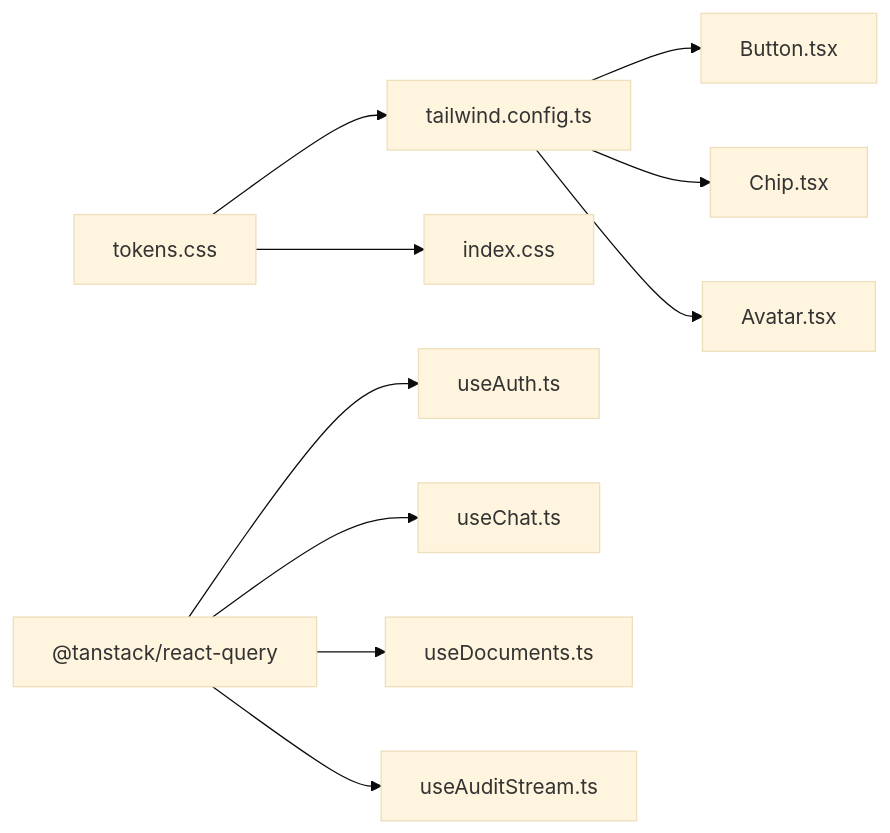
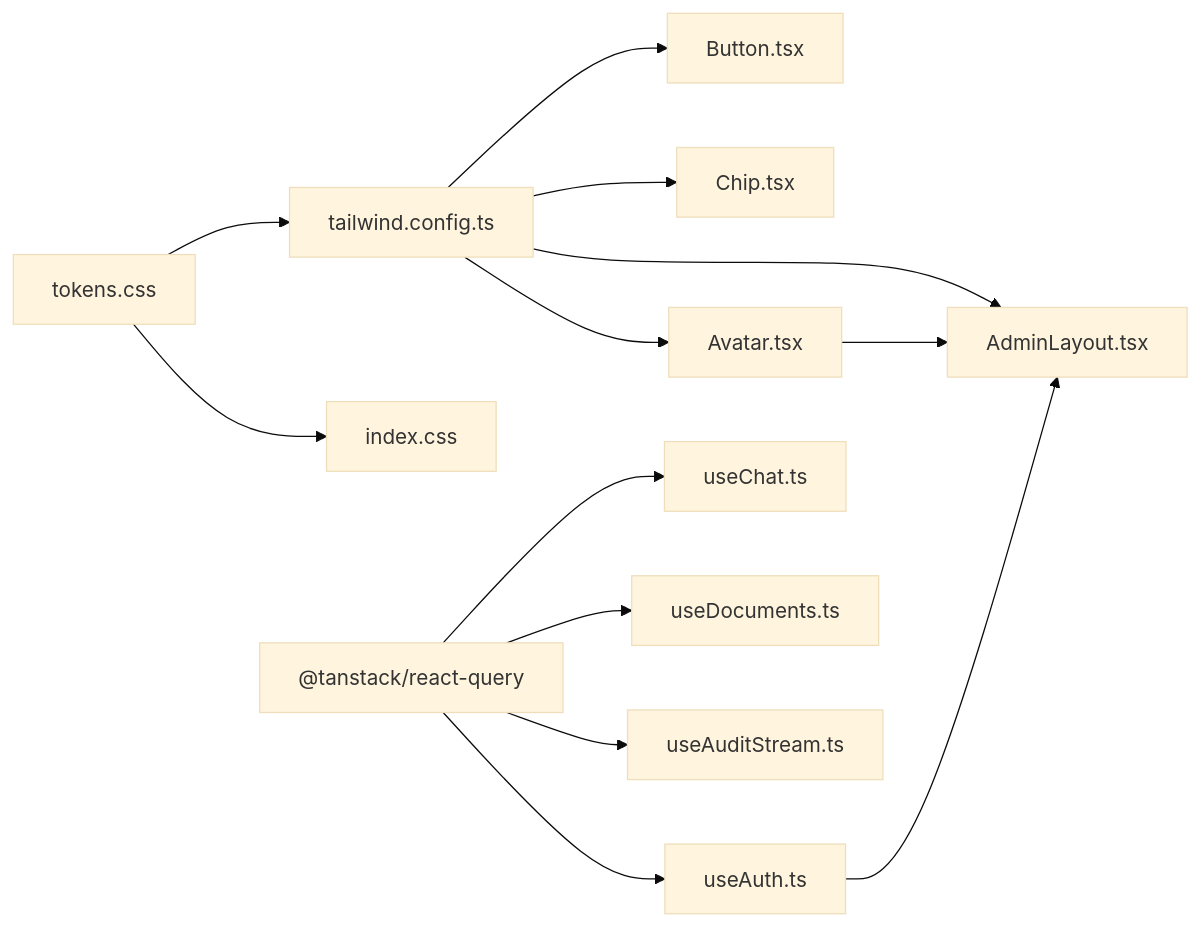
One commit to genes8/private-ai changed diagram 11 of 11 in .qoder/repowiki/en/content/Frontend Application/Components Library.md. Above: the diagram before and after it, drawn with Mermaid (base theme). The commit also changed other lines of this file and 55 other files, not shown here.

````diff
--- a/.qoder/repowiki/en/content/Frontend Application/Components Library.md
+++ b/.qoder/repowiki/en/content/Frontend Application/Components Library.md
@@ -371,12 +442,15 @@
 ```mermaid
 graph LR
 Tokens["tokens.css"] --> TW["tailwind.config.ts"]
 Tokens --> CSS["index.css"]
 TW --> BTN["Button.tsx"]
 TW --> CHIP["Chip.tsx"]
 TW --> AVA["Avatar.tsx"]
+TW --> ADMIN["AdminLayout.tsx"]
 QC["@tanstack/react-query"] --> H_AUTH["useAuth.ts"]
 QC --> H_CHAT["useChat.ts"]
 QC --> H_DOCS["useDocuments.ts"]
 QC --> H_AUDIT["useAuditStream.ts"]
+AVA --> ADMIN
+H_AUTH --> ADMIN
 ```
````
